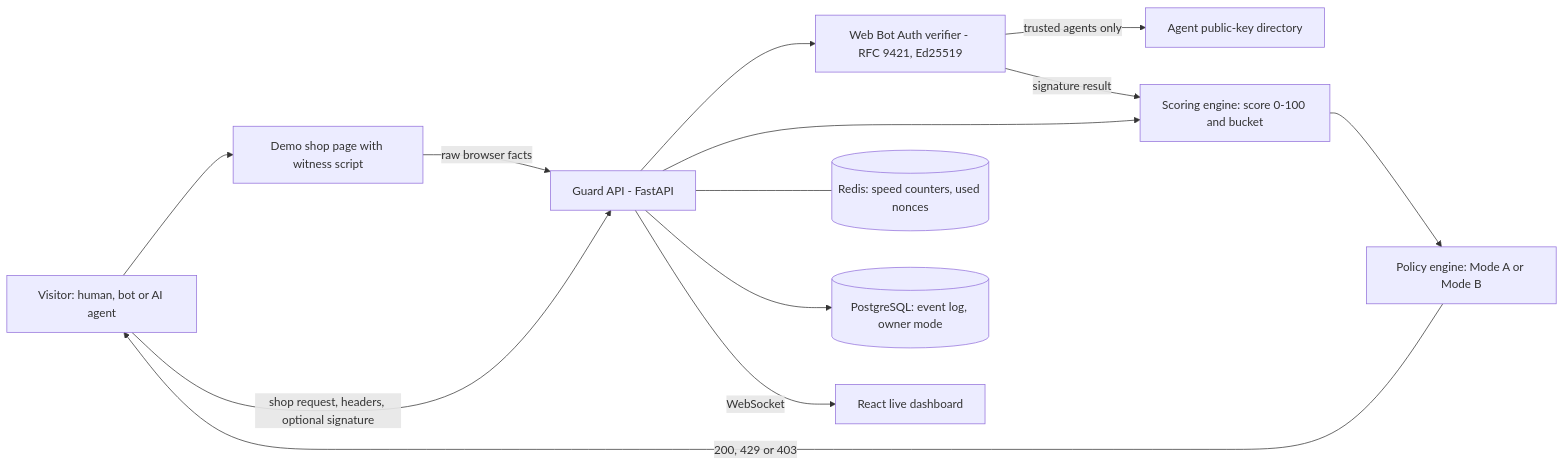
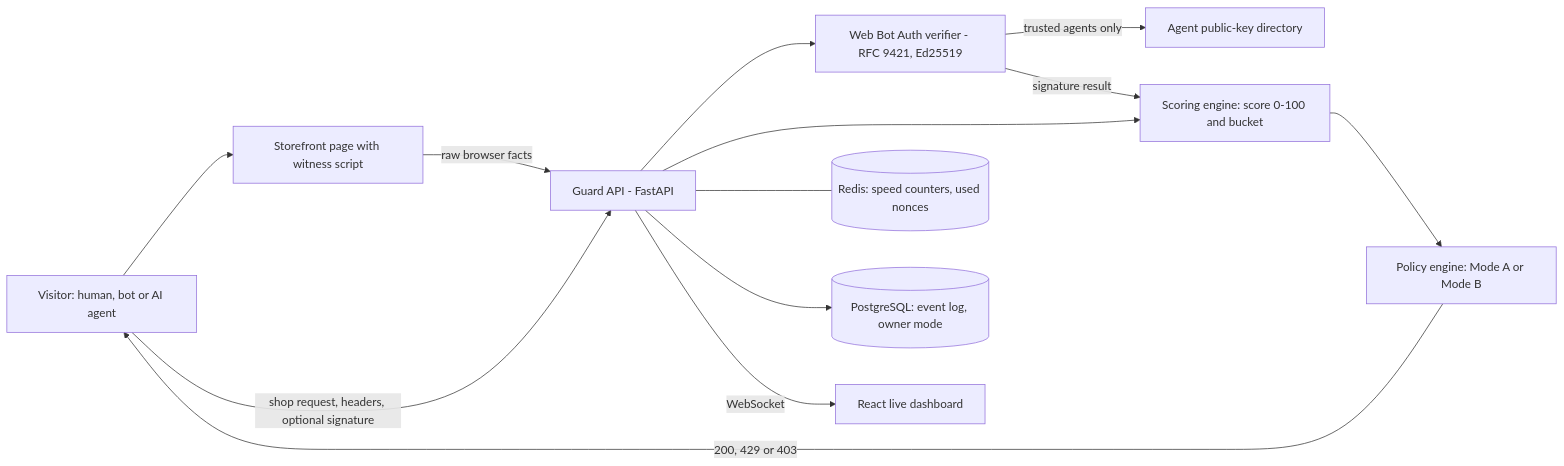
The diagram in projects/agentguard/README.md (Suliman8/portfolio), drawn with Mermaid before and after one commit. The commit also changed other lines of this file and 10 other files, not shown here.

````diff
--- a/projects/agentguard/README.md
+++ b/projects/agentguard/README.md
@@ -26,15 +26,15 @@
 ```mermaid
 flowchart LR
-    V["Visitor: human, bot or AI agent"] --> PAGE["Demo shop page with witness script"]
+    V["Visitor: human, bot or AI agent"] --> PAGE["Storefront page with witness script"]
     PAGE -->|raw browser facts| API["Guard API - FastAPI"]
     V -->|shop request, headers, optional signature| API
     API --> WBA["Web Bot Auth verifier - RFC 9421, Ed25519"]
     WBA -->|trusted agents only| KEYS["Agent public-key directory"]
     API --> SCORE["Scoring engine: score 0-100 and bucket"]
     WBA -->|signature result| SCORE
     SCORE --> POL["Policy engine: Mode A or Mode B"]
     POL -->|200, 429 or 403| V
     API --- REDIS[("Redis: speed counters, used nonces")]
     API --> PG[("PostgreSQL: event log, owner mode")]
     API -->|WebSocket| DASH["React live dashboard"]
 ```
````
